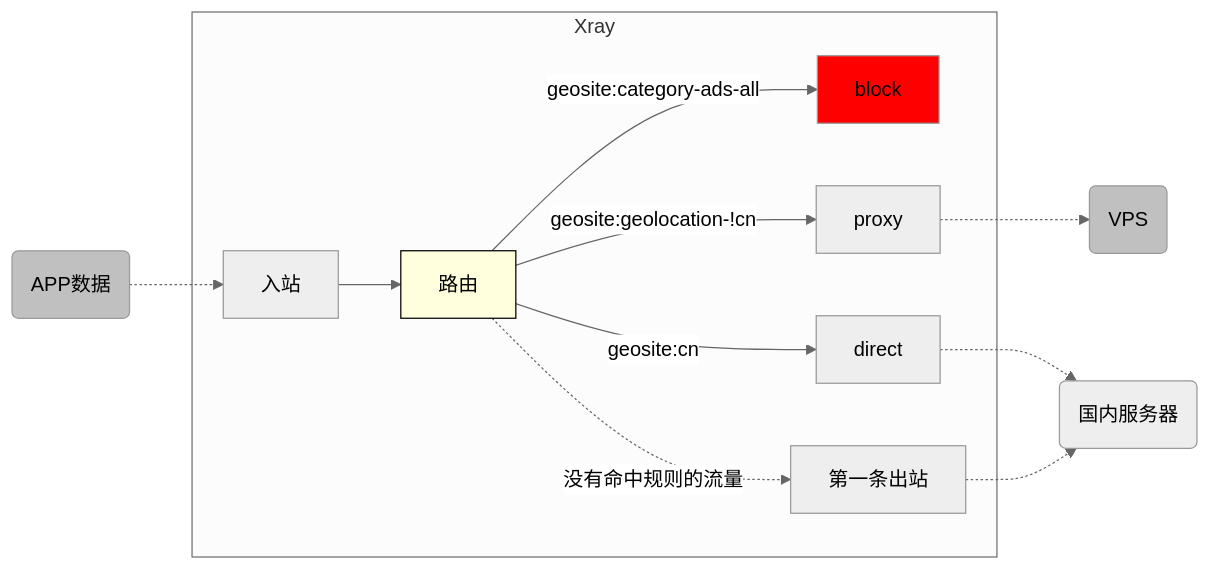
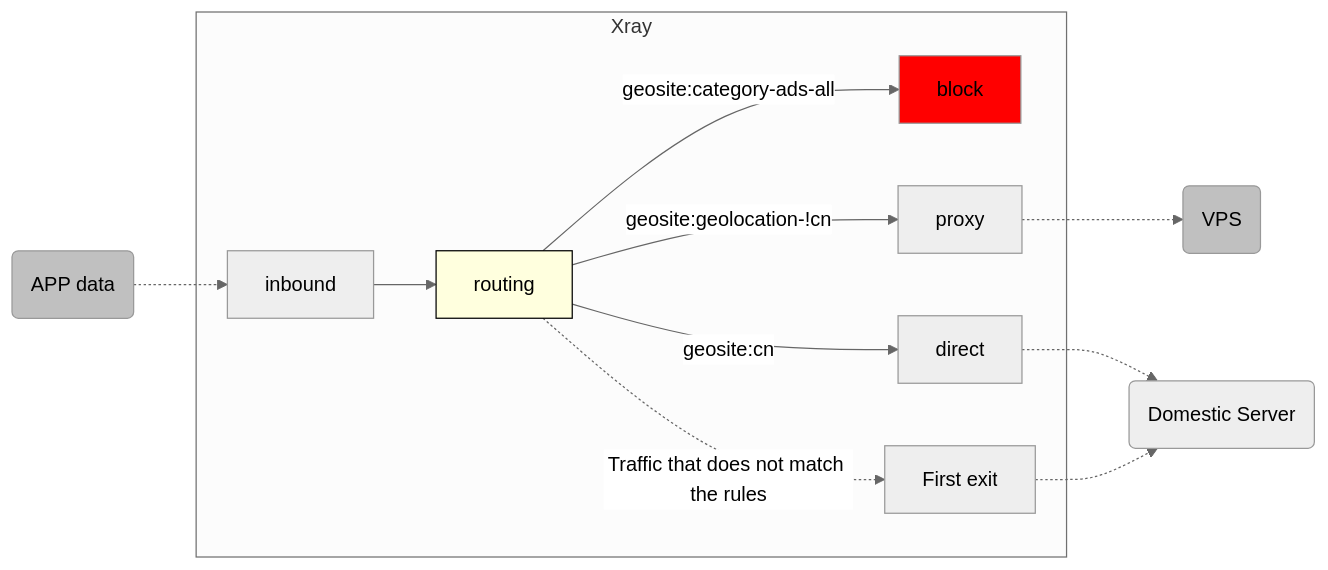
The fourth of 4 diagrams in docs/en/document/level-1/routing-lv1-part1.md (XTLS/Xray-docs-next), drawn with Mermaid (neutral theme) before and after one commit. The commit also changed other lines of this file, not shown here.

````diff
--- a/docs/en/document/level-1/routing-lv1-part1.md
+++ b/docs/en/document/level-1/routing-lv1-part1.md
@@ -390,26 +394,26 @@
 ```mermaid
     graph LR;
 
-    S(APP数据) .-> I[入站]
+    S(APP data) .-> I[inbound]
 
     subgraph Xray
-    I --> R[路由] -- "geosite:category-ads-all" --> O1[block]
-    R[路由] -- "geosite:geolocation-!cn" --> O3[proxy]
-    R[路由] -- "geosite:cn" --> O2[direct]
-    R[路由] -. "没有命中规则的流量" .-> O4[第一条出站]
+    I --> R[routing] -- "geosite:category-ads-all" --> O1[block]
+    R[routing] -- "geosite:geolocation-!cn" --> O3[proxy]
+    R[routing] -- "geosite:cn" --> O2[direct]
+    R[routing] -. "Traffic that does not match the rules" .-> O4[First exit]
 
     end
 
-    O2 .-> D(国内服务器)
+    O2 .-> D(Domestic Server)
     O3 .-> V(VPS)
     O4 .-> D
 
     O1:::redclass
     V:::greyclass
     S:::greyclass
     R:::routingclass
     classDef redclass fill:#FF0000
     classDef greyclass fill:#C0C0C0
     classDef routingclass fill:#FFFFDE,stroke:#000000
 
 ```
````
